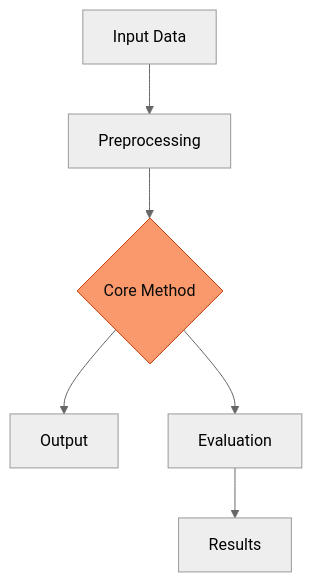
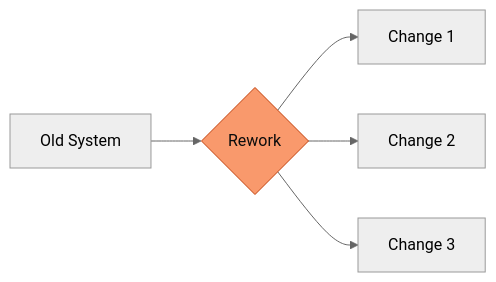
One commit to KhalidAlansary/defense-against-the-dark-arts changed the diagram in slides.md. Above: the diagram before and after it, drawn with Mermaid (neutral theme). The commit also changed other lines of this file and 1 other file, not shown here.

````diff
--- a/slides.md
+++ b/slides.md
@@ -289,9 +185,8 @@
-```mermaid {scale: 0.7}
-flowchart TD
-  A[Input Data] --> B[Preprocessing]
-  B --> C{Core Method}
-  C --> D[Output]
-  C --> E[Evaluation]
-  E --> F[Results]
-  style C fill:#f9996c,stroke:#c2410c,color:#0c0c0c
+```mermaid {scale: 0.6}
+flowchart LR
+  A[Old System] --> B{Rework}
+  B --> C[Change 1]
+  B --> D[Change 2]
+  B --> E[Change 3]
+  style B fill:#f9996c,stroke:#c2410c,color:#0c0c0c
 ```
````
